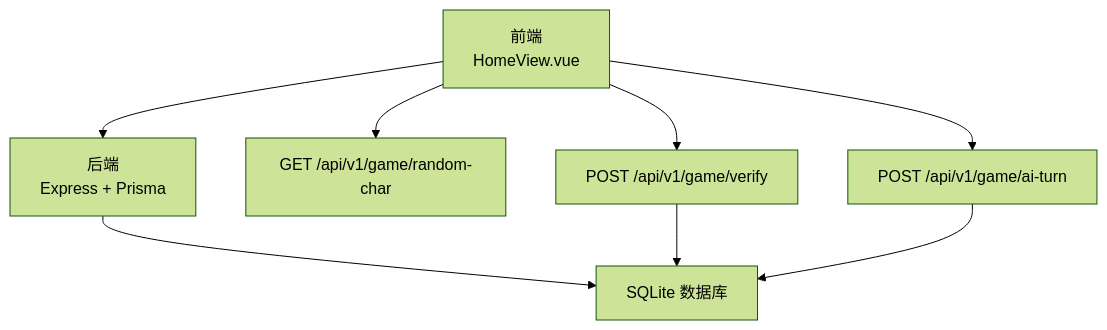
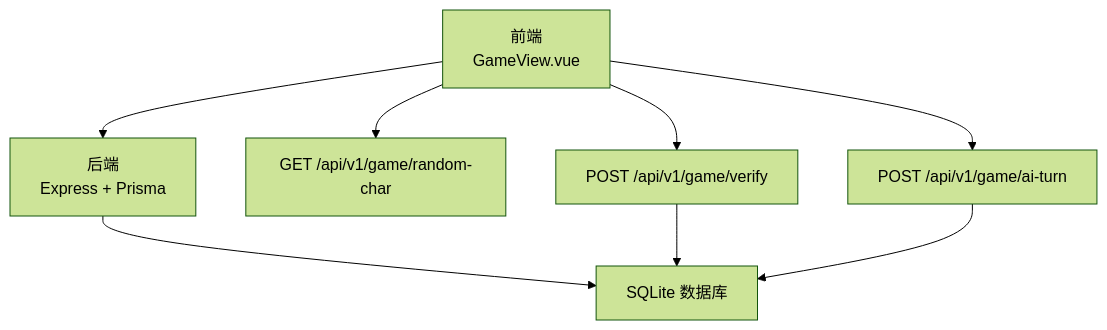
Before and after one commit to iazrael/feihua-ling: the first of 6 diagrams in .qoder/repowiki/zh/content/核心功能设计/用户诗句验证机制.md, drawn with Mermaid (forest theme). The commit also changed other lines of this file and 23 other files, not shown here.

````diff
--- a/.qoder/repowiki/zh/content/核心功能设计/用户诗句验证机制.md
+++ b/.qoder/repowiki/zh/content/核心功能设计/用户诗句验证机制.md
@@ -41,10 +50,10 @@
 ```mermaid
 graph TB
-FE["前端<br/>HomeView.vue"] --> BE["后端<br/>Express + Prisma"]
+FE["前端<br/>GameView.vue"] --> BE["后端<br/>Express + Prisma"]
 BE --> DB["SQLite 数据库"]
 FE --> API1["GET /api/v1/game/random-char"]
 FE --> API2["POST /api/v1/game/verify"]
 FE --> API3["POST /api/v1/game/ai-turn"]
 API2 --> DB
 API3 --> DB
 ```
````
